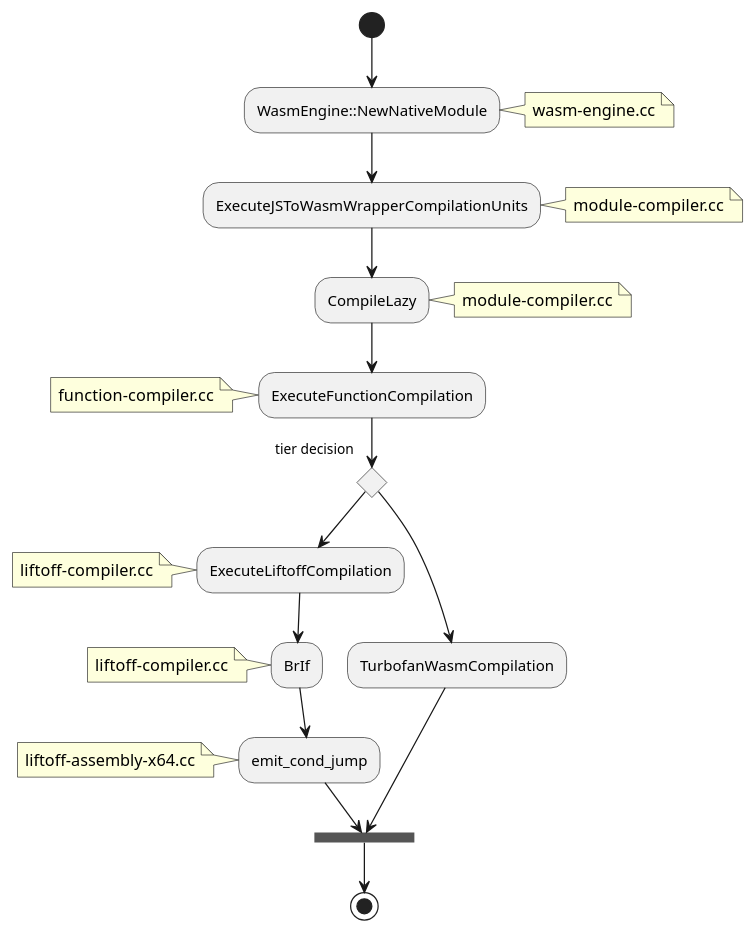
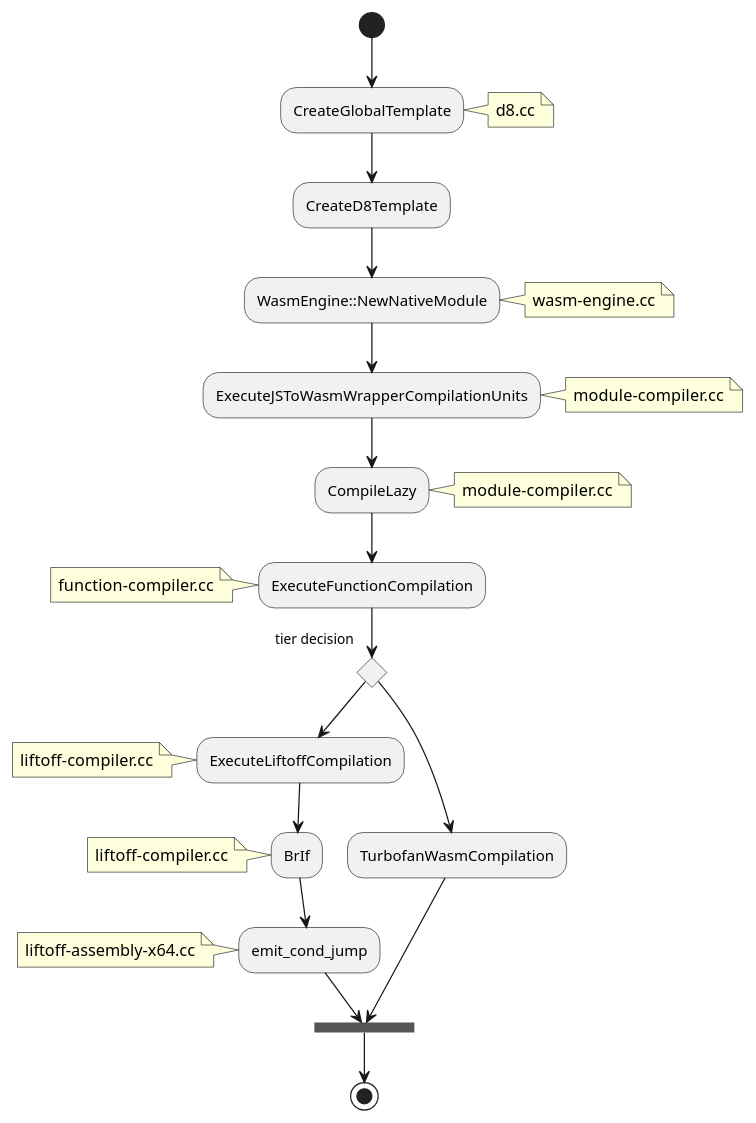
One commit to JesseCodeBones/JesseCodeBones.github.io changed the diagram in markdowns/ocean/uml/WASM/v8_wasm_compiler.puml. Above: the diagram before and after it, drawn with PlantUML.

Commit message:
update uml

```diff
--- a/markdowns/ocean/uml/WASM/v8_wasm_compiler.puml
+++ b/markdowns/ocean/uml/WASM/v8_wasm_compiler.puml
@@ -1,23 +1,26 @@
 @startuml
-(*) --> "WasmEngine::NewNativeModule"
+(*) --> "CreateGlobalTemplate"
+note right: d8.cc
+--> "CreateD8Template"
+--> "WasmEngine::NewNativeModule"
 note right: wasm-engine.cc
 --> "ExecuteJSToWasmWrapperCompilationUnits"
 note right: module-compiler.cc
 --> "CompileLazy"
 note right: module-compiler.cc
 --> "ExecuteFunctionCompilation"
 note left: function-compiler.cc
 if "tier decision" then 
 -->"ExecuteLiftoffCompilation"
 note left: liftoff-compiler.cc
 -->"BrIf"
 note left: liftoff-compiler.cc
 -->"emit_cond_jump"
 note left: liftoff-assembly-x64.cc
 -->===B1===
 else
 -->"TurbofanWasmCompilation"
 -->===B1===
 endif
 -->(*)
 @enduml
```
